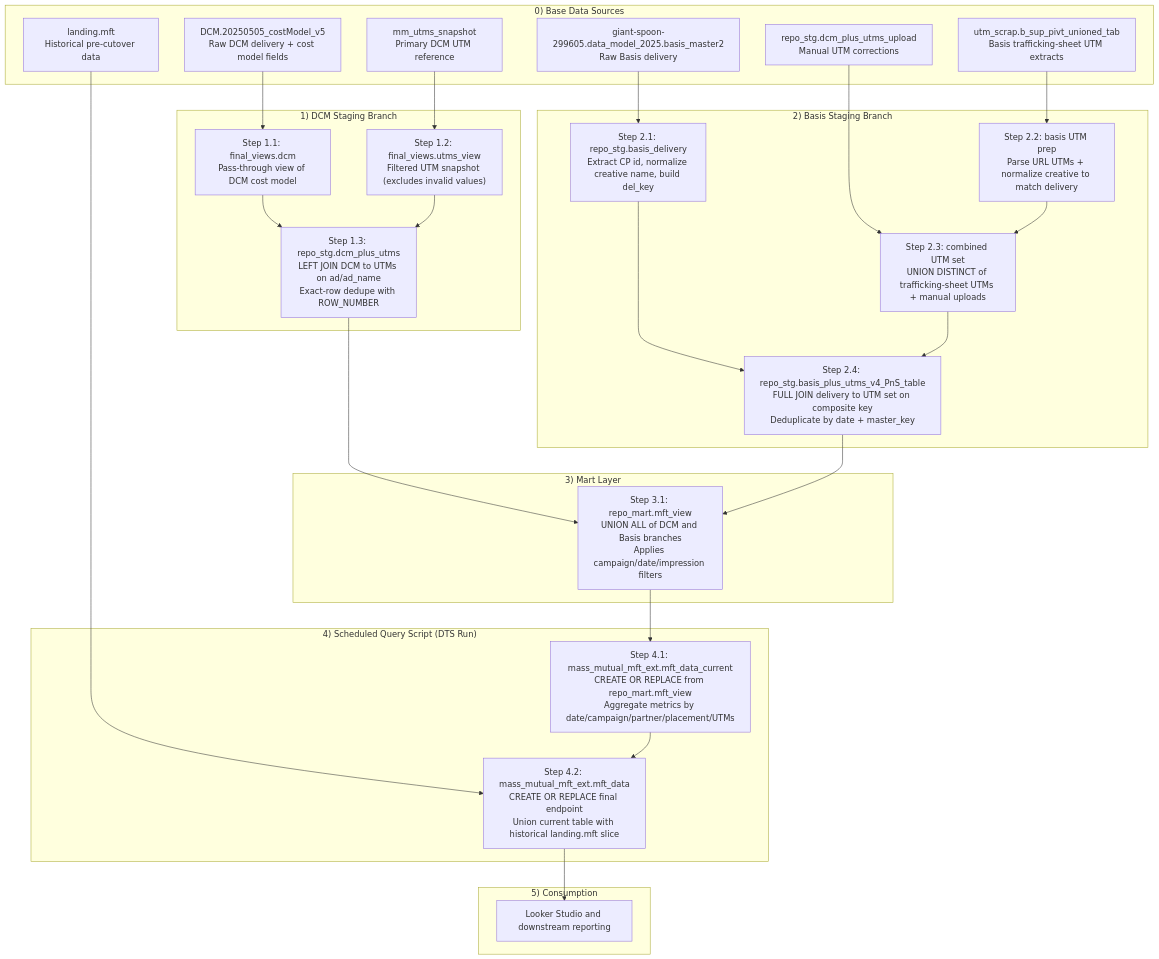
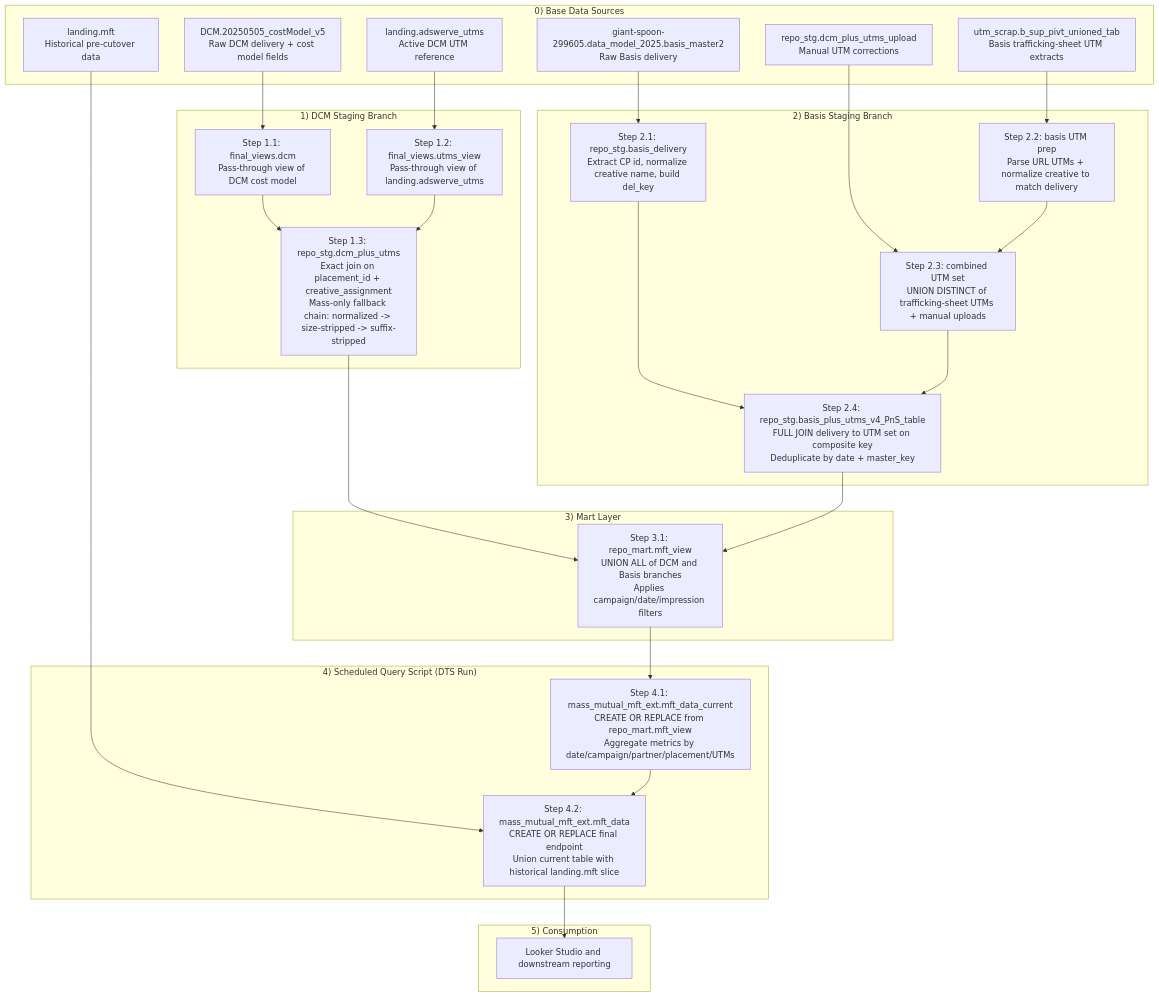
The diagram in mft/README.md (genetsen/looker_personal), drawn with Mermaid before and after one commit. The commit also changed other lines of this file and 61 other files, not shown here.

````diff
--- a/mft/README.md
+++ b/mft/README.md
@@ -57,65 +57,65 @@
 ```mermaid
 flowchart TD
     %% Sources
     subgraph S["0) Base Data Sources"]
         DCM0["DCM.20250505_costModel_v5<br/>Raw DCM delivery + cost model fields"]
         BASIS0["giant-spoon-299605.data_model_2025.basis_master2<br/>Raw Basis delivery"]
-        UTM1["mm_utms_snapshot<br/>Primary DCM UTM reference"]
+        UTM1["landing.adswerve_utms<br/>Active DCM UTM reference"]
         UTM2["utm_scrap.b_sup_pivt_unioned_tab<br/>Basis trafficking-sheet UTM extracts"]
         UTM3["repo_stg.dcm_plus_utms_upload<br/>Manual UTM corrections"]
         HIST0["landing.mft<br/>Historical pre-cutover data"]
     end
 
     %% DCM staging path
     subgraph D["1) DCM Staging Branch"]
         D1["Step 1.1: final_views.dcm<br/>Pass-through view of DCM cost model"]
-        D2["Step 1.2: final_views.utms_view<br/>Filtered UTM snapshot (excludes invalid values)"]
-        D3["Step 1.3: repo_stg.dcm_plus_utms<br/>LEFT JOIN DCM to UTMs on ad/ad_name<br/>Exact-row dedupe with ROW_NUMBER"]
+        D2["Step 1.2: final_views.utms_view<br/>Pass-through view of landing.adswerve_utms"]
+        D3["Step 1.3: repo_stg.dcm_plus_utms<br/>Exact join on placement_id + creative_assignment<br/>Mass-only fallback chain: normalized -> size-stripped -> suffix-stripped"]
     end
 
     %% Basis staging path
     subgraph B["2) Basis Staging Branch"]
         B1["Step 2.1: repo_stg.basis_delivery<br/>Extract CP id, normalize creative name, build del_key"]
         B2["Step 2.2: basis UTM prep<br/>Parse URL UTMs + normalize creative to match delivery"]
         B3["Step 2.3: combined UTM set<br/>UNION DISTINCT of trafficking-sheet UTMs + manual uploads"]
         B4["Step 2.4: repo_stg.basis_plus_utms_v4_PnS_table<br/>FULL JOIN delivery to UTM set on composite key<br/>Deduplicate by date + master_key"]
     end
 
     %% Mart
     subgraph M["3) Mart Layer"]
         M1["Step 3.1: repo_mart.mft_view<br/>UNION ALL of DCM and Basis branches<br/>Applies campaign/date/impression filters"]
     end
 
     %% Scheduled endpoint build
     subgraph Q["4) Scheduled Query Script (DTS Run)"]
         Q1["Step 4.1: mass_mutual_mft_ext.mft_data_current<br/>CREATE OR REPLACE from repo_mart.mft_view<br/>Aggregate metrics by date/campaign/partner/placement/UTMs"]
         Q2["Step 4.2: mass_mutual_mft_ext.mft_data<br/>CREATE OR REPLACE final endpoint<br/>Union current table with historical landing.mft slice"]
     end
 
     %% Consumption
     subgraph C["5) Consumption"]
         C1["Looker Studio and downstream reporting"]
     end
 
     %% Edges: source -> dcm
     DCM0 --> D1
     UTM1 --> D2
     D1 --> D3
     D2 --> D3
 
     %% Edges: source -> basis
     BASIS0 --> B1
     UTM2 --> B2
     UTM3 --> B3
     B2 --> B3
     B1 --> B4
     B3 --> B4
 
     %% Edges: branch -> mart -> endpoint
     D3 --> M1
     B4 --> M1
     M1 --> Q1
     HIST0 --> Q2
     Q1 --> Q2
     Q2 --> C1
 ```
````
